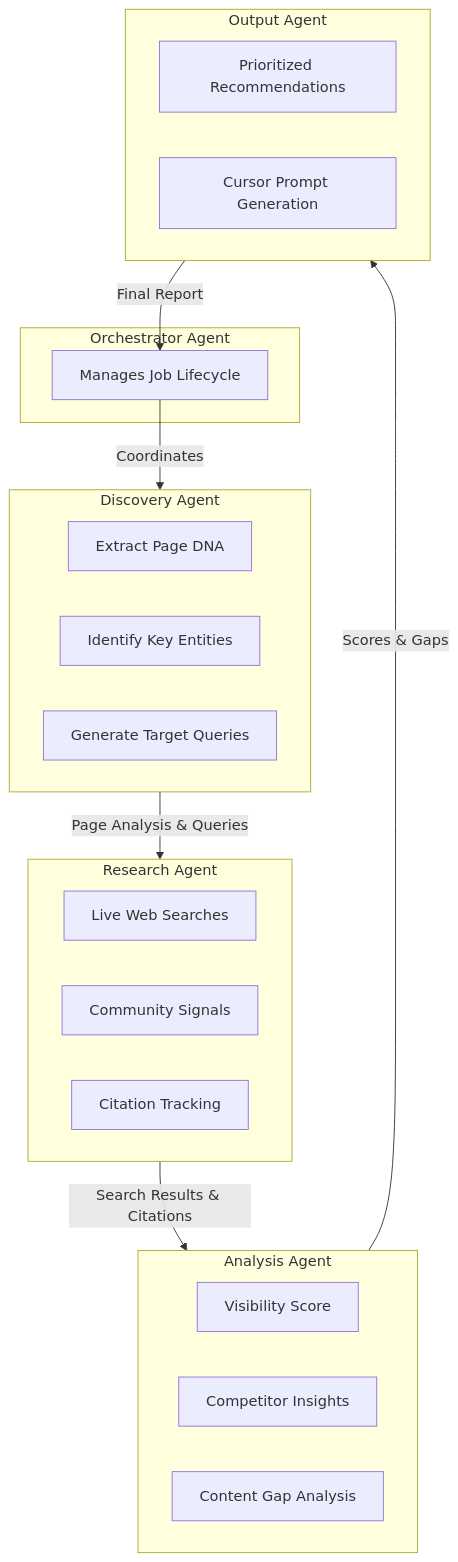
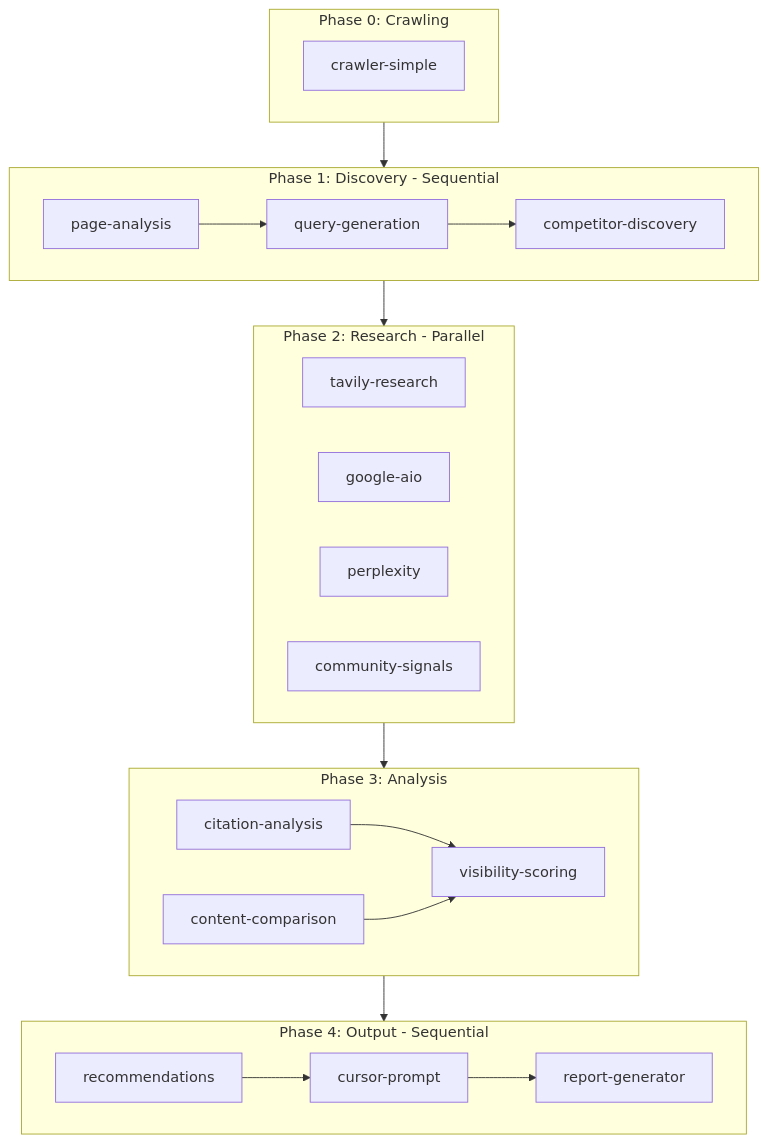
One commit to prop-intel/propintel changed the diagram in .docs/agent_architecture.md. Above: the diagram before and after it, drawn with Mermaid. The commit also changed other lines of this file and 1 other file, not shown here.

````diff
--- a/.docs/agent_architecture.md
+++ b/.docs/agent_architecture.md
@@ -5,35 +12,34 @@
 ```mermaid
 flowchart TD
-    subgraph Orchestrator[Orchestrator Agent]
-        O[Manages Job Lifecycle]
+    subgraph Crawling[Phase 0: Crawling]
+        C[crawler-simple]
     end
 
-    subgraph Discovery[Discovery Agent]
-        D1[Extract Page DNA]
-        D2[Identify Key Entities]
-        D3[Generate Target Queries]
+    subgraph Discovery[Phase 1: Discovery - Sequential]
+        D1[page-analysis] --> D2[query-generation] --> D3[competitor-discovery]
     end
 
-    subgraph Research[Research Agent]
-        R1[Live Web Searches]
-        R2[Community Signals]
-        R3[Citation Tracking]
+    subgraph Research[Phase 2: Research - Parallel]
+        R1[tavily-research]
+        R2[google-aio]
+        R3[perplexity]
+        R4[community-signals]
     end
 
-    subgraph Analysis[Analysis Agent]
-        A1[Visibility Score]
-        A2[Competitor Insights]
-        A3[Content Gap Analysis]
+    subgraph Analysis[Phase 3: Analysis]
+        A1[citation-analysis]
+        A2[content-comparison]
+        A3[visibility-scoring]
+        A1 --> A3
+        A2 --> A3
     end
 
-    subgraph Output[Output Agent]
-        OUT1[Prioritized Recommendations]
-        OUT2[Cursor Prompt Generation]
+    subgraph Output[Phase 4: Output - Sequential]
+        O1[recommendations] --> O2[cursor-prompt] --> O3[report-generator]
     end
 
-    O -->|Coordinates| Discovery
-    Discovery -->|Page Analysis & Queries| Research
-    Research -->|Search Results & Citations| Analysis
-    Analysis -->|Scores & Gaps| Output
-    Output -->|Final Report| O
+    Crawling --> Discovery
+    Discovery --> Research
+    Research --> Analysis
+    Analysis --> Output
 ```
````
